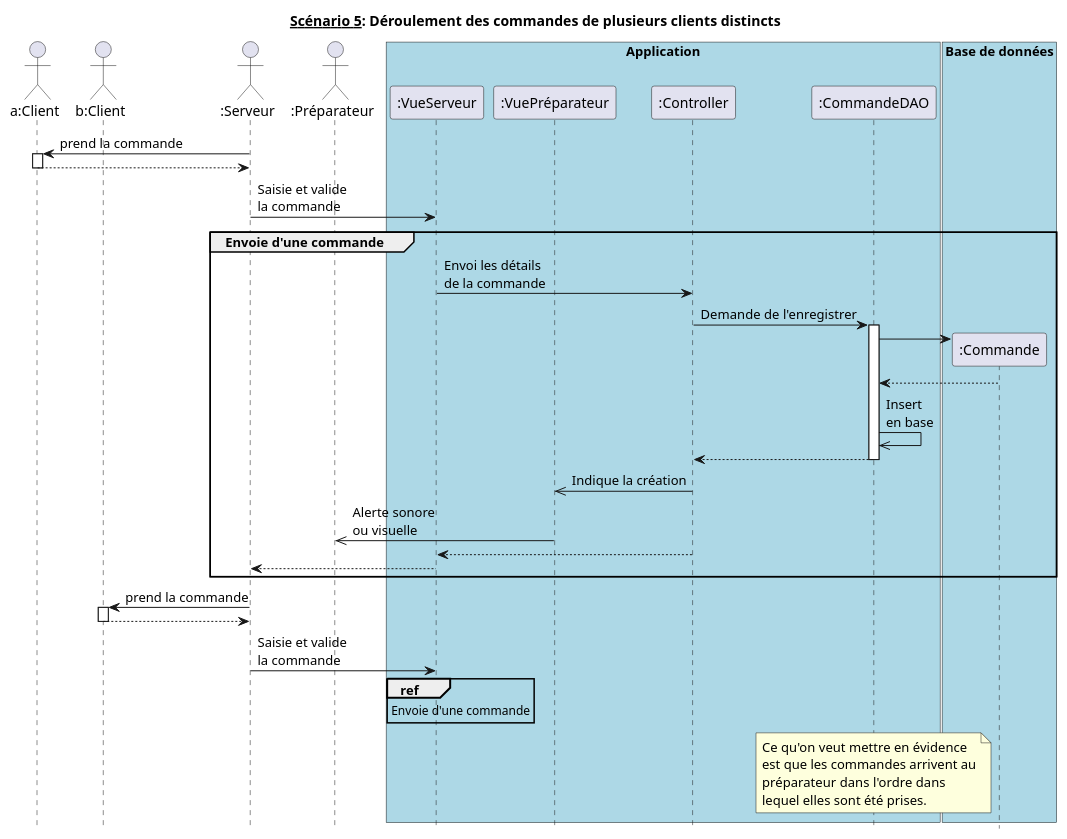
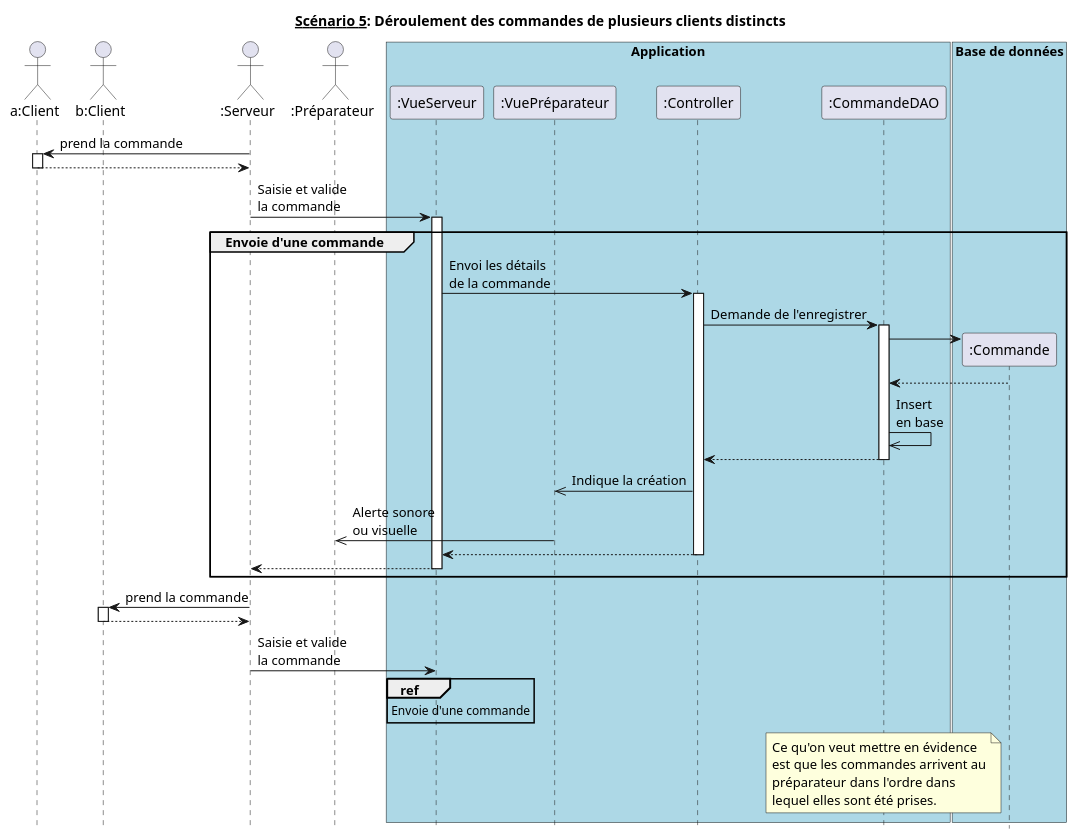
One commit to hulskenA/GL-Les_seigneurs_du_resto changed the diagram in diagrammes_sequences_detailles/dss5.md. Above: the diagram before and after it, drawn with PlantUML. The commit also changed 15 other files, not shown here.

````diff
--- a/diagrammes_sequences_detailles/dss5.md
+++ b/diagrammes_sequences_detailles/dss5.md
@@ -1,67 +1,71 @@
 ```puml
 @startuml
 hide footbox
 title __Scénario 5__: Déroulement des commandes de plusieurs clients distincts
 
 actor "a:Client" as ClientA order 10
 actor "b:Client" as ClientB order 20
 actor ":Serveur" as Serveur order 30
 actor ":Préparateur" as Préparateur order 40
 
 box "Application" #Lightblue
   participant ":VueServeur" as VueServeur order 50
   participant ":VuePréparateur" as VuePréparateur order 60
   participant ":Controller" as Controller order 70
   participant ":CommandeDAO" as CommandeDAO order 80
 endbox
 
 box "Base de données" #Lightblue
   participant ":Commande" as Commande order 90
 endbox
 
 Serveur -> ClientA : prend la commande
 activate ClientA
 Serveur <-- ClientA
 deactivate ClientA
 
 Serveur -> VueServeur : Saisie et valide\nla commande
+activate VueServeur
 
 group Envoie d'une commande
   VueServeur -> Controller : Envoi les détails\nde la commande
+  activate Controller
   Controller -> CommandeDAO : Demande de l'enregistrer
 
   activate CommandeDAO    
     create Commande
     CommandeDAO -> Commande
     CommandeDAO <-- Commande
 
     CommandeDAO ->> CommandeDAO : Insert\nen base
     CommandeDAO --> Controller
   deactivate CommandeDAO
 
   Controller ->> VuePréparateur : Indique la création
   VuePréparateur ->> Préparateur : Alerte sonore\nou visuelle
   Controller --> VueServeur
+  deactivate Controller
   VueServeur --> Serveur
+  deactivate VueServeur
 end
 
 Serveur -> ClientB : prend la commande
 activate ClientB
 Serveur <-- ClientB
 deactivate ClientB
 
 Serveur -> VueServeur : Saisie et valide\nla commande
 
 ref over VueServeur
     Envoie d'une commande
 end
 
 note over CommandeDAO
   Ce qu'on veut mettre en évidence
   est que les commandes arrivent au
   préparateur dans l'ordre dans
   lequel elles sont été prises.
 end note
 
 @enduml
 ```
````
